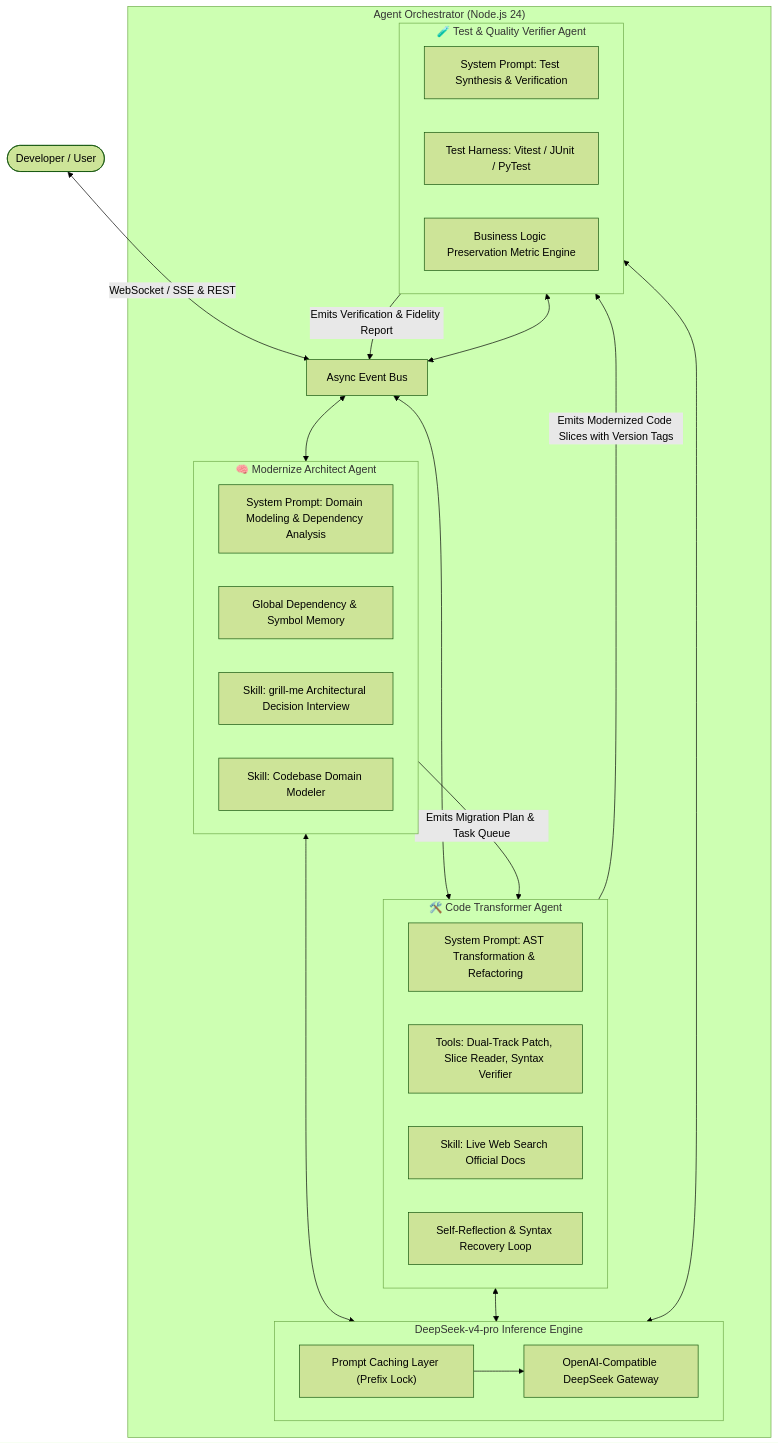
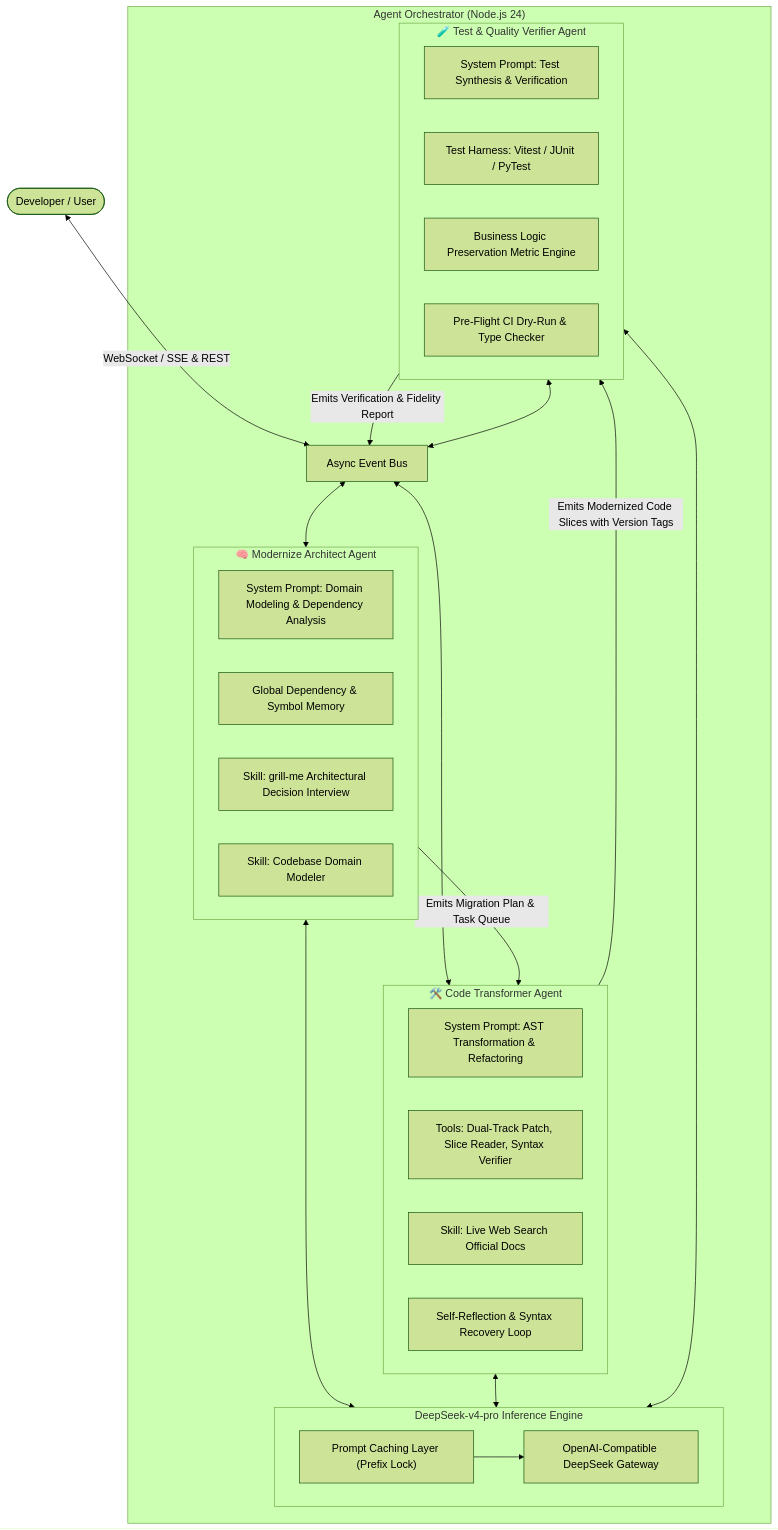
The first of 3 diagrams in docs/agent-orchestration.md (SakuraCianna/LegacyCodeModernizer), drawn with Mermaid (forest theme) before and after one commit. The commit also changed other lines of this file and 5 other files, not shown here.

````diff
--- a/docs/agent-orchestration.md
+++ b/docs/agent-orchestration.md
@@ -13,47 +13,48 @@
 ```mermaid
 graph TD
     User(["Developer / User"])
 
     subgraph Orchestration ["Agent Orchestrator (Node.js 24)"]
         EventBus["Async Event Bus"]
 
         subgraph ArchAgent ["🧠 Modernize Architect Agent"]
             A_Prompt["System Prompt: Domain Modeling & Dependency Analysis"]
             A_Memory["Global Dependency & Symbol Memory"]
             A_Skill1["Skill: grill-me Architectural Decision Interview"]
             A_Skill2["Skill: Codebase Domain Modeler"]
         end
 
         subgraph TransAgent ["🛠️ Code Transformer Agent"]
             T_Prompt["System Prompt: AST Transformation & Refactoring"]
             T_Tools["Tools: Dual-Track Patch, Slice Reader, Syntax Verifier"]
             T_Skill3["Skill: Live Web Search Official Docs"]
             T_Reflection["Self-Reflection & Syntax Recovery Loop"]
         end
 
         subgraph TestAgent ["🧪 Test & Quality Verifier Agent"]
             Q_Prompt["System Prompt: Test Synthesis & Verification"]
             Q_Harness["Test Harness: Vitest / JUnit / PyTest"]
             Q_Scorer["Business Logic Preservation Metric Engine"]
+            Q_CIDryRun["Pre-Flight CI Dry-Run & Type Checker"]
         end
 
         subgraph LLM_Engine ["DeepSeek-v4-pro Inference Engine"]
             Cache["Prompt Caching Layer (Prefix Lock)"]
             Client["OpenAI-Compatible DeepSeek Gateway"]
             Cache --> Client
         end
     end
 
     User <-->|WebSocket / SSE & REST| EventBus
     EventBus <--> ArchAgent
     EventBus <--> TransAgent
     EventBus <--> TestAgent
 
     ArchAgent -->|Emits Migration Plan & Task Queue| TransAgent
     TransAgent -->|Emits Modernized Code Slices with Version Tags| TestAgent
     TestAgent -->|Emits Verification & Fidelity Report| EventBus
 
     ArchAgent <--> LLM_Engine
     TransAgent <--> LLM_Engine
     TestAgent <--> LLM_Engine
 ```
````
